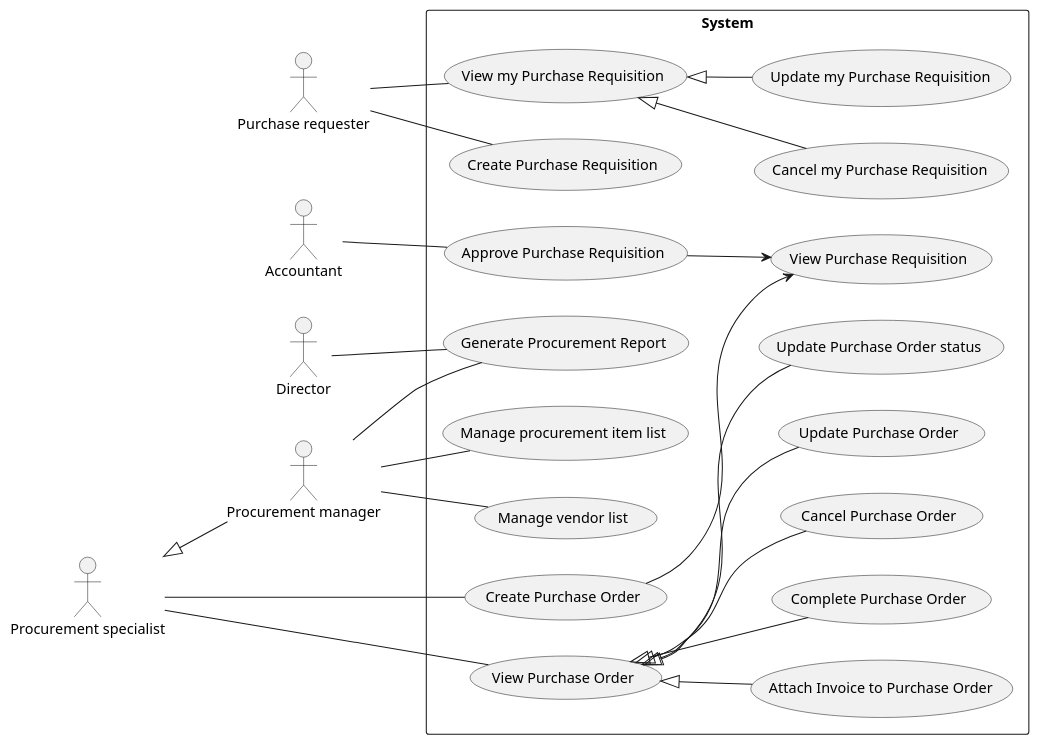
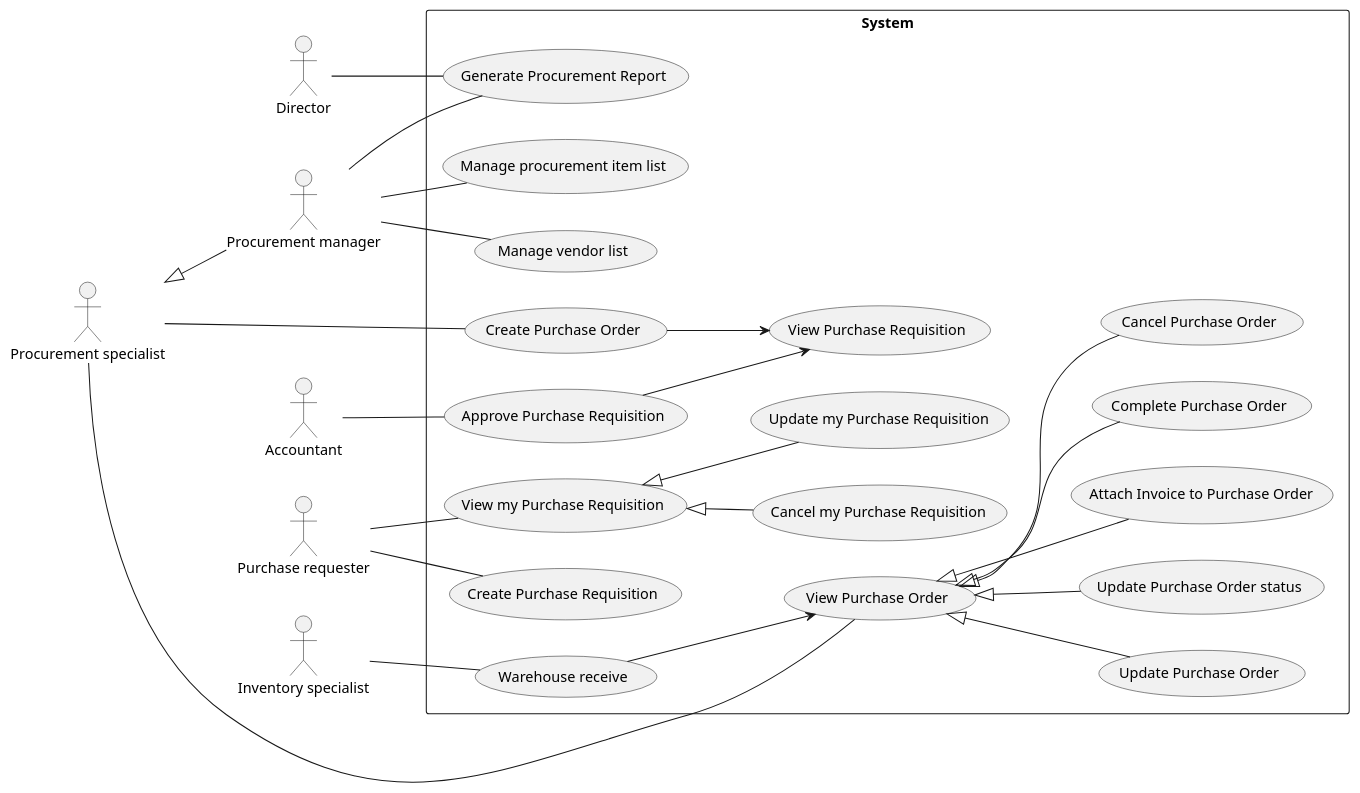
One commit to phihungha/scmss-reqs changed the diagram in use-cases/procurement.plantuml. Above: the diagram before and after it, drawn with PlantUML. The commit also changed 1 other file, not shown here.

Commit message:
Rearrange inventory and sales use cases

```diff
--- a/use-cases/procurement.plantuml
+++ b/use-cases/procurement.plantuml
@@ -1,35 +1,40 @@
 @startuml Procurement
 left to right direction
 
 :Director: as d
 :Accountant: as a
 
 :Purchase requester: as pr
 :Procurement manager: as pm
 :Procurement specialist: as ps
 ps <|-- pm
+
+:Inventory specialist: as is
 
 rectangle System {
     pr -- (Create Purchase Requisition)
     pr -- (View my Purchase Requisition)
     (View my Purchase Requisition) <|-- (Update my Purchase Requisition)
     (View my Purchase Requisition) <|-- (Cancel my Purchase Requisition)
     a -- (Approve Purchase Requisition)
     (Approve Purchase Requisition) --> (View Purchase Requisition)
 
     ps -- (Create Purchase Order)
     (Create Purchase Order) --> (View Purchase Requisition)
     ps -- (View Purchase Order)
     (View Purchase Order) <|-- (Update Purchase Order)
     (View Purchase Order) <|-- (Update Purchase Order status)
     (View Purchase Order) <|-- (Attach Invoice to Purchase Order)
     (View Purchase Order) <|-- (Complete Purchase Order)
     (View Purchase Order) <|-- (Cancel Purchase Order)
 
+    is -- (Warehouse receive)
+    (Warehouse receive) --> (View Purchase Order)
+
     pm -- (Manage vendor list)
     pm -- (Manage procurement item list)
 
     pm -- (Generate Procurement Report)
     d -- (Generate Procurement Report)
 }
 @enduml
```
